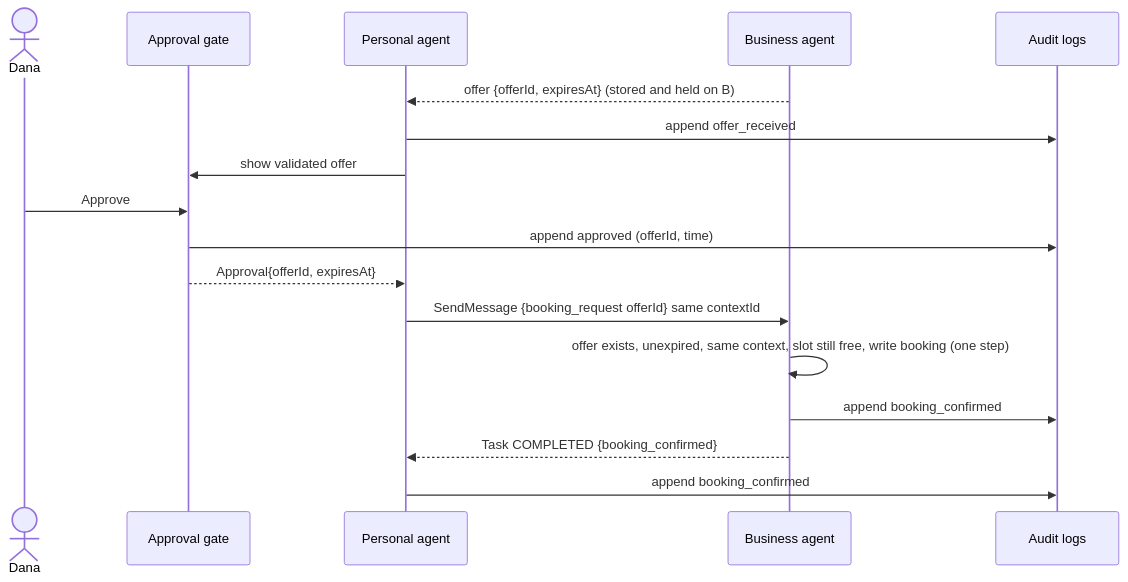
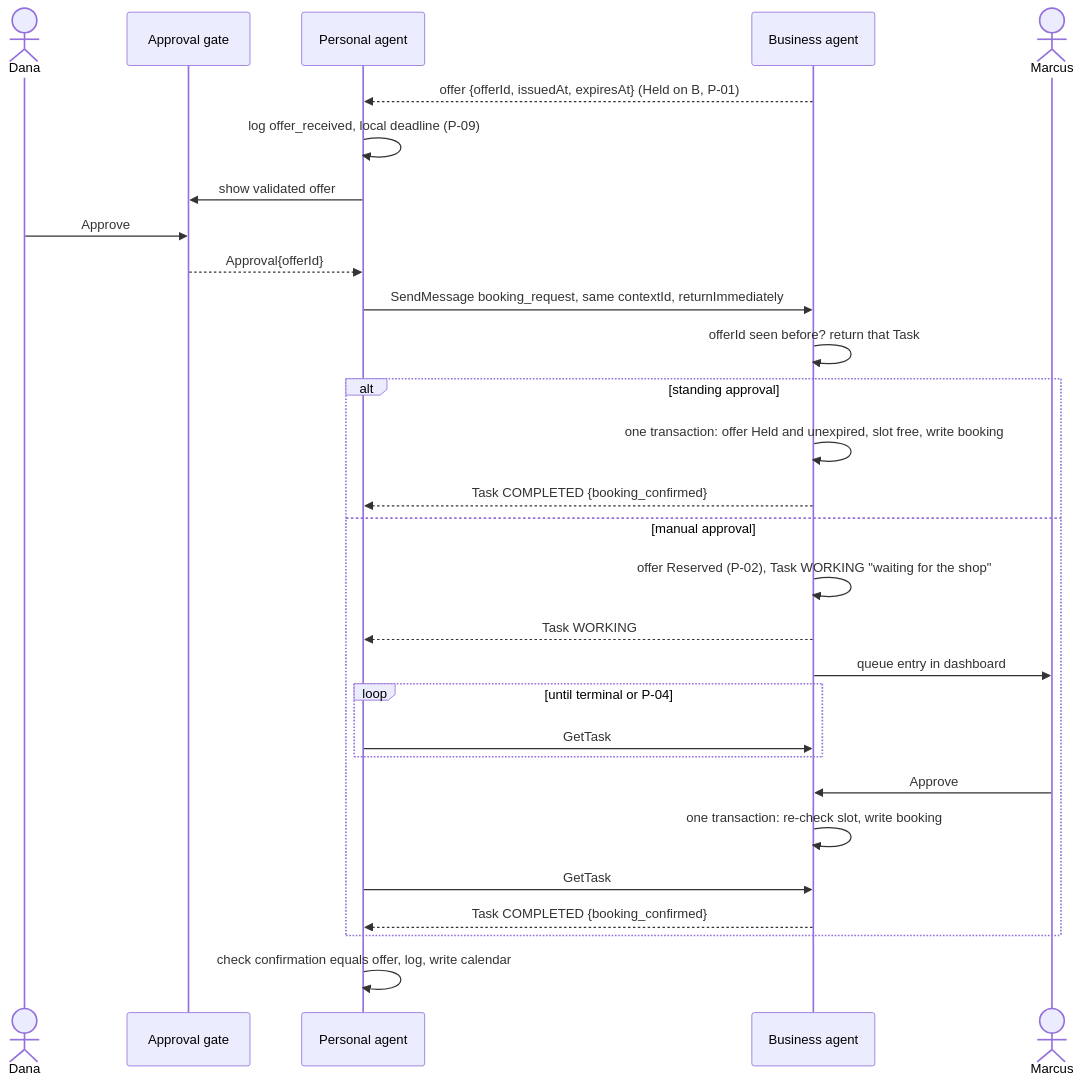
The fifth of 7 diagrams in docs/sad/10-architecture.md (Jannisar01/hitchpost), drawn with Mermaid before and after one commit. The commit also changed other lines of this file and 21 other files, not shown here.

````diff
--- a/docs/sad/10-architecture.md
+++ b/docs/sad/10-architecture.md
@@ -142,19 +195,31 @@
 ```mermaid
 sequenceDiagram
   actor Dana
   participant G as Approval gate
   participant P as Personal agent
   participant B as Business agent
-  participant L as Audit logs
-  B-->>P: offer {offerId, expiresAt} (stored and held on B)
-  P->>L: append offer_received
+  actor Marcus
+  B-->>P: offer {offerId, issuedAt, expiresAt} (Held on B, P-01)
+  P->>P: log offer_received, local deadline (P-09)
   P->>G: show validated offer
   Dana->>G: Approve
-  G->>L: append approved (offerId, time)
-  G-->>P: Approval{offerId, expiresAt}
-  P->>B: SendMessage {booking_request offerId} same contextId
-  B->>B: offer exists, unexpired, same context, slot still free, write booking (one step)
-  B->>L: append booking_confirmed
-  B-->>P: Task COMPLETED {booking_confirmed}
-  P->>L: append booking_confirmed
+  G-->>P: Approval{offerId}
+  P->>B: SendMessage booking_request, same contextId, returnImmediately
+  B->>B: offerId seen before? return that Task
+  alt standing approval
+    B->>B: one transaction: offer Held and unexpired, slot free, write booking
+    B-->>P: Task COMPLETED {booking_confirmed}
+  else manual approval
+    B->>B: offer Reserved (P-02), Task WORKING "waiting for the shop"
+    B-->>P: Task WORKING
+    B->>Marcus: queue entry in dashboard
+    loop until terminal or P-04
+      P->>B: GetTask
+    end
+    Marcus->>B: Approve
+    B->>B: one transaction: re-check slot, write booking
+    P->>B: GetTask
+    B-->>P: Task COMPLETED {booking_confirmed}
+  end
+  P->>P: check confirmation equals offer, log, write calendar
 ```
````
